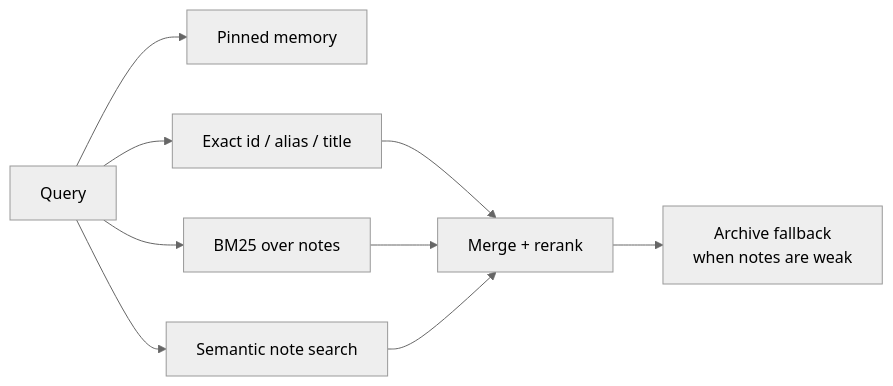
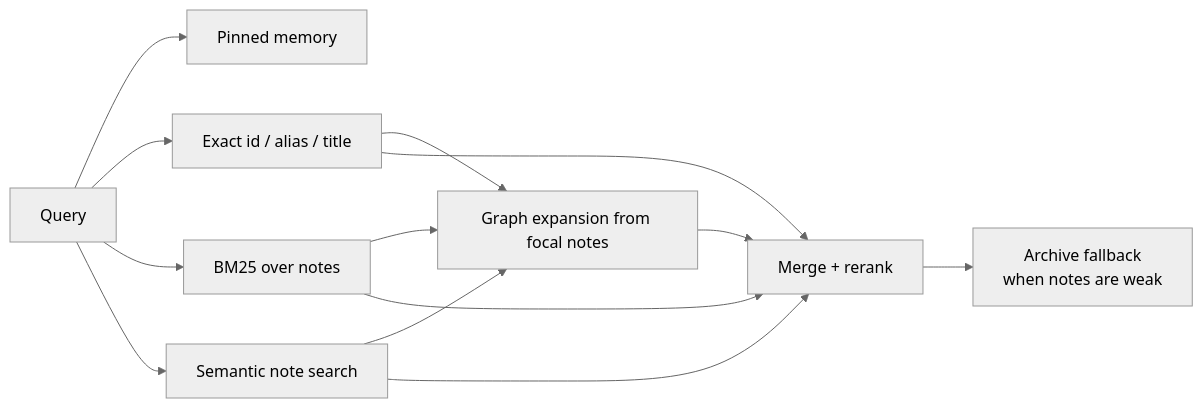
One commit to Jianyu010/MnemonicOS changed the seventh of 8 diagrams in README.md. Above: the diagram before and after it, drawn with Mermaid (neutral theme). The commit also changed other lines of this file and 13 other files, not shown here.

Commit message:
feat: add phase 3 graph retrieval

````diff
--- a/README.md
+++ b/README.md
@@ -101,11 +124,15 @@
 ```mermaid
 flowchart LR
     Q["Query"] --> P["Pinned memory"]
     Q --> X["Exact id / alias / title"]
     Q --> B["BM25 over notes"]
     Q --> S["Semantic note search"]
+    X --> G["Graph expansion from focal notes"]
+    B --> G
+    S --> G
     X --> R["Merge + rerank"]
     B --> R
     S --> R
+    G --> R
     R --> A["Archive fallback<br/>when notes are weak"]
 ```
````
